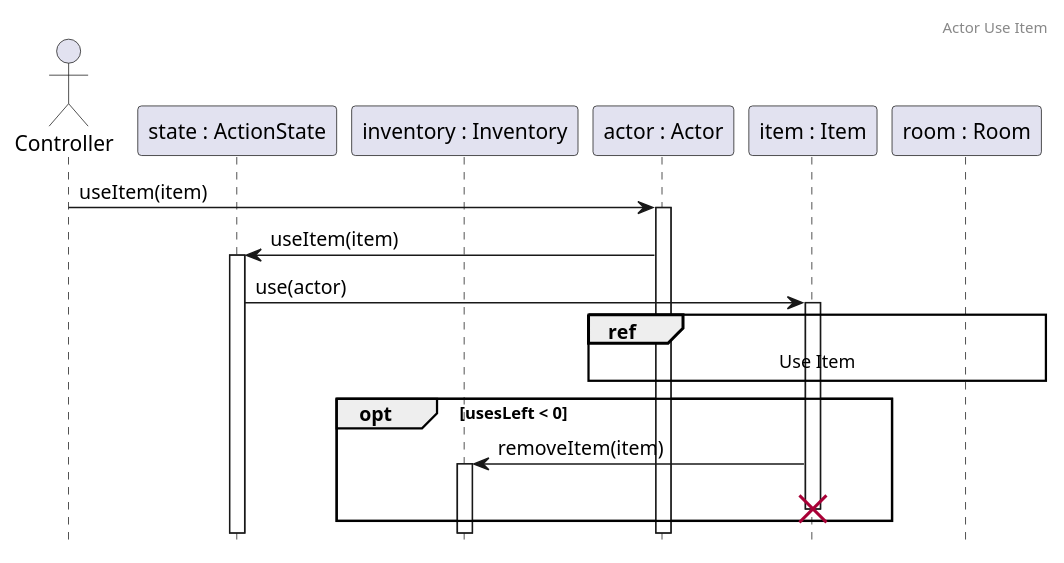
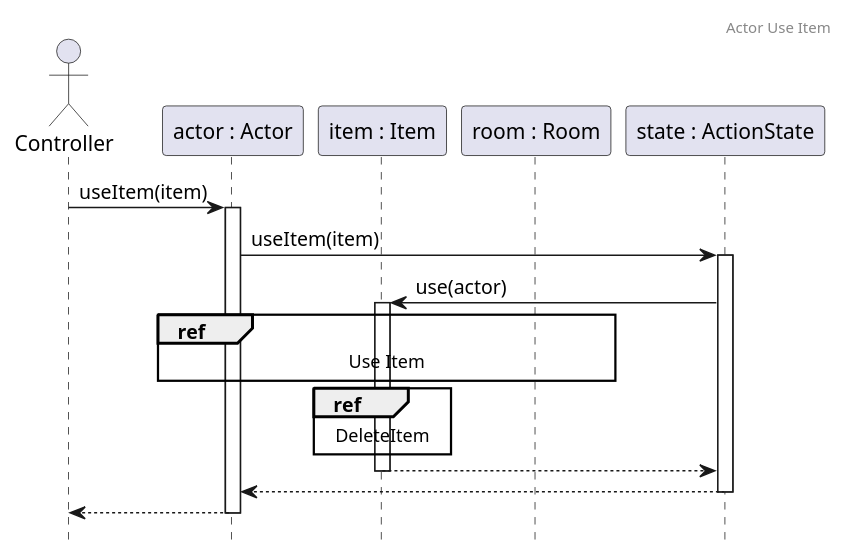
The diagram in docs/sequence/actor/ActorUseItem.puml (Kristof-me/Logarlec), drawn with PlantUML before and after one commit. The commit also changed 48 other files, not shown here.

```diff
--- a/docs/sequence/actor/ActorUseItem.puml
+++ b/docs/sequence/actor/ActorUseItem.puml
@@ -1,22 +1,22 @@
-@startuml
+@startuml ActorUseItem
 header Actor Use Item
 
 hide footbox
 autoactivate on
 
 actor A as "Controller"
-participant C as "state : ActionState"
-participant I as "inventory : Inventory"
 participant B as "actor : Actor"
 participant D as "item : Item"
 participant R as "room : Room"
+participant C as "state : ActionState"
 
 A -> B : useItem(item)
 B -> C : useItem(item)
 C -> D : use(actor)
 ref over B, D, R : Use Item
-opt usesLeft < 0
-    D -> I : removeItem(item)
-    destroy D
-end
+ref over D : DeleteItem
+
+return
+return
+return
 @enduml
```
